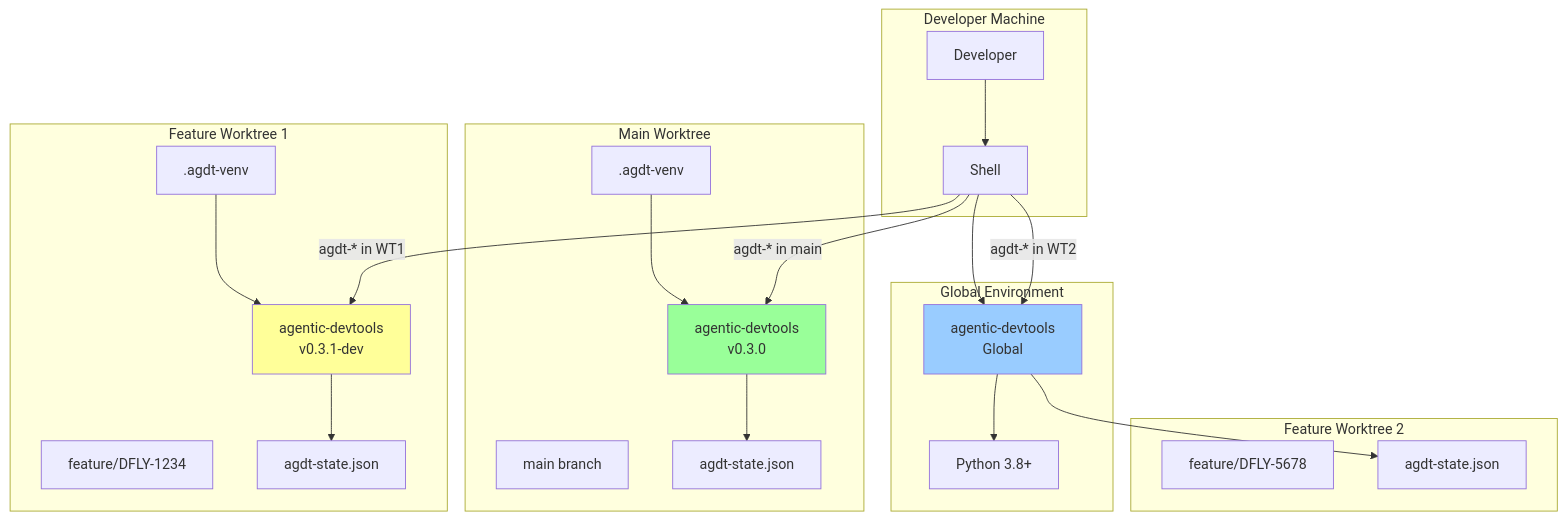
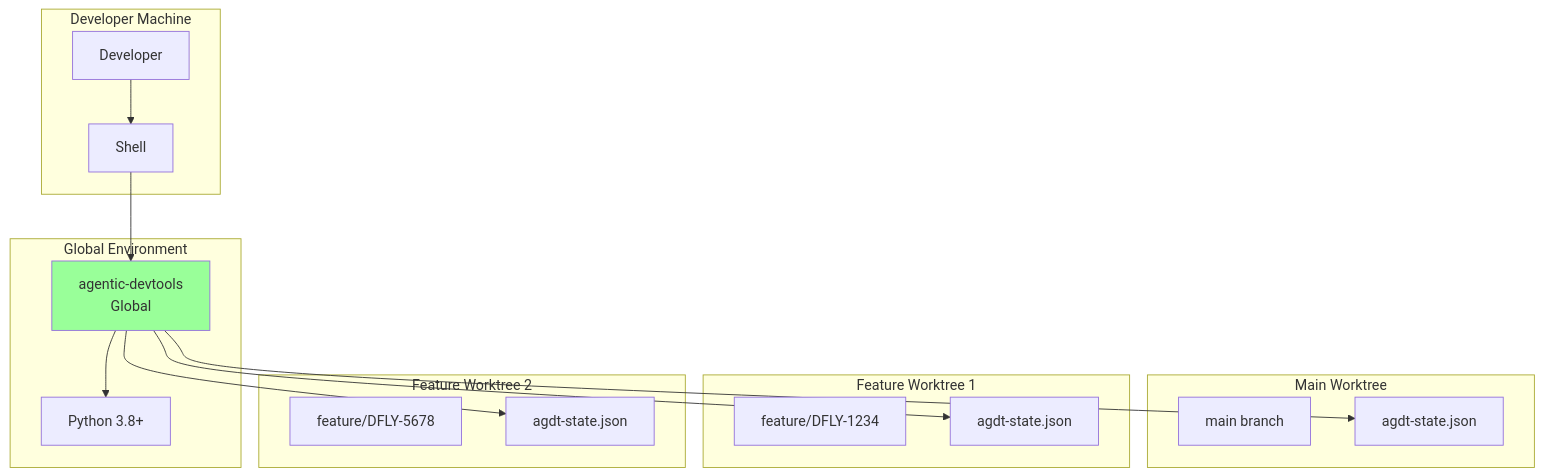
One commit to ayaiayorg/agentic-devtools changed the third of 10 diagrams in docs/07-deployment-view.md. Above: the diagram before and after it, drawn with Mermaid. The commit also changed other lines of this file and 17 other files, not shown here.

Commit message:
Remove dispatcher pattern, smart venv detection, and install_agentic_devtools from worktree_setup

````diff
--- a/docs/07-deployment-view.md
+++ b/docs/07-deployment-view.md
@@ -74,50 +72,37 @@
 ```mermaid
 graph TB
     subgraph "Developer Machine"
         User[Developer]
         Shell[Shell]
     end
     
     subgraph "Global Environment"
         Python[Python 3.8+]
         GlobalAgdt[agentic-devtools<br/>Global]
     end
     
     subgraph "Main Worktree"
         MainRepo[main branch]
-        MainVenv[.agdt-venv]
-        MainAgdt[agentic-devtools<br/>v0.3.0]
         MainState[agdt-state.json]
     end
     
     subgraph "Feature Worktree 1"
         WT1[feature/DFLY-1234]
-        WT1Venv[.agdt-venv]
-        WT1Agdt[agentic-devtools<br/>v0.3.1-dev]
         WT1State[agdt-state.json]
     end
     
     subgraph "Feature Worktree 2"
         WT2[feature/DFLY-5678]
         WT2State[agdt-state.json]
     end
     
     User --> Shell
     Shell --> GlobalAgdt
     GlobalAgdt --> Python
     
-    MainVenv --> MainAgdt
-    WT1Venv --> WT1Agdt
-    
-    Shell -->|agdt-* in main| MainAgdt
-    Shell -->|agdt-* in WT1| WT1Agdt
-    Shell -->|agdt-* in WT2| GlobalAgdt
-    
-    MainAgdt --> MainState
-    WT1Agdt --> WT1State
+    GlobalAgdt --> MainState
+    GlobalAgdt --> WT1State
     GlobalAgdt --> WT2State
     
-    style MainAgdt fill:#9f9
-    style WT1Agdt fill:#ff9
-    style GlobalAgdt fill:#9cf
+    style GlobalAgdt fill:#9f9
 ```
````
